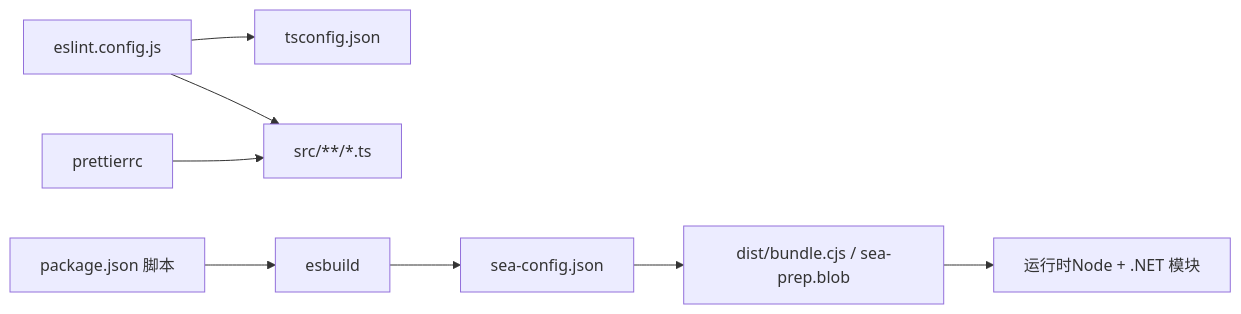
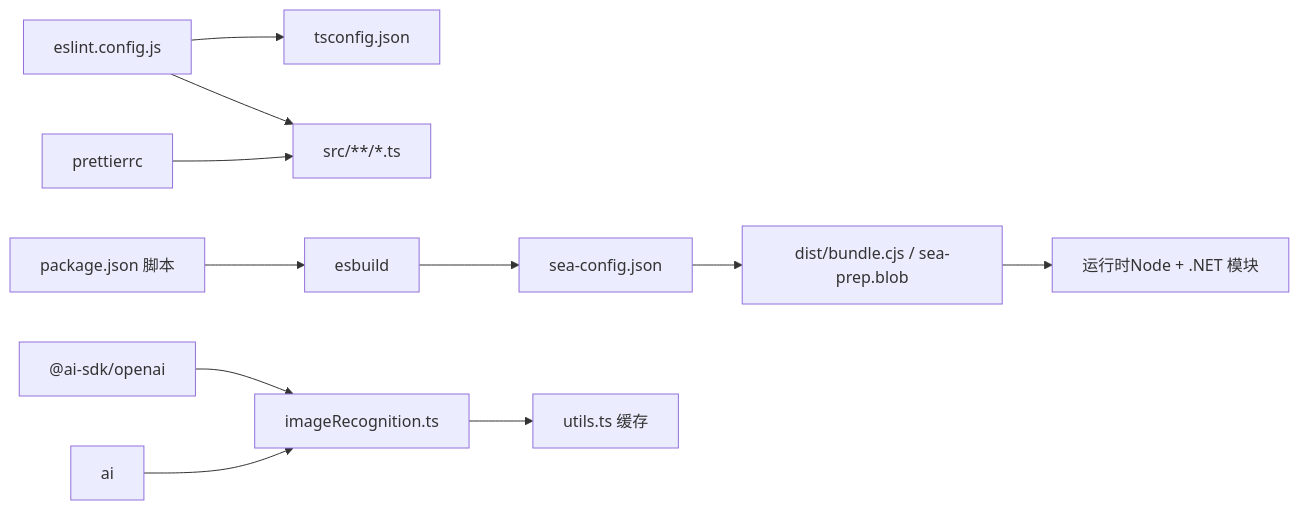
Before and after one commit to hllshiro/doc2md-cli: the third of 3 diagrams in .qoder/repowiki/zh/content/配置管理.md, drawn with Mermaid. The commit also changed other lines of this file and 5 other files, not shown here.

First line of the commit message:
feat(config): 新增AI配置管理与图片识别功能

````diff
--- a/.qoder/repowiki/zh/content/配置管理.md
+++ b/.qoder/repowiki/zh/content/配置管理.md
@@ -199,10 +273,13 @@
 ```mermaid
 graph LR
 ESL["eslint.config.js"] --> TSConf["tsconfig.json"]
 ESL --> TSFiles["src/**/*.ts"]
 PRE["prettierrc"] --> TSFiles
 PKG["package.json 脚本"] --> ESB["esbuild"]
 ESB --> SEA["sea-config.json"]
 SEA --> OUT["dist/bundle.cjs / sea-prep.blob"]
 OUT --> RUN["运行时Node + .NET 模块"]
+AI["@ai-sdk/openai"] --> IMG["imageRecognition.ts"]
+AI2["ai"] --> IMG
+IMG --> CACHE["utils.ts 缓存"]
 ```
````
